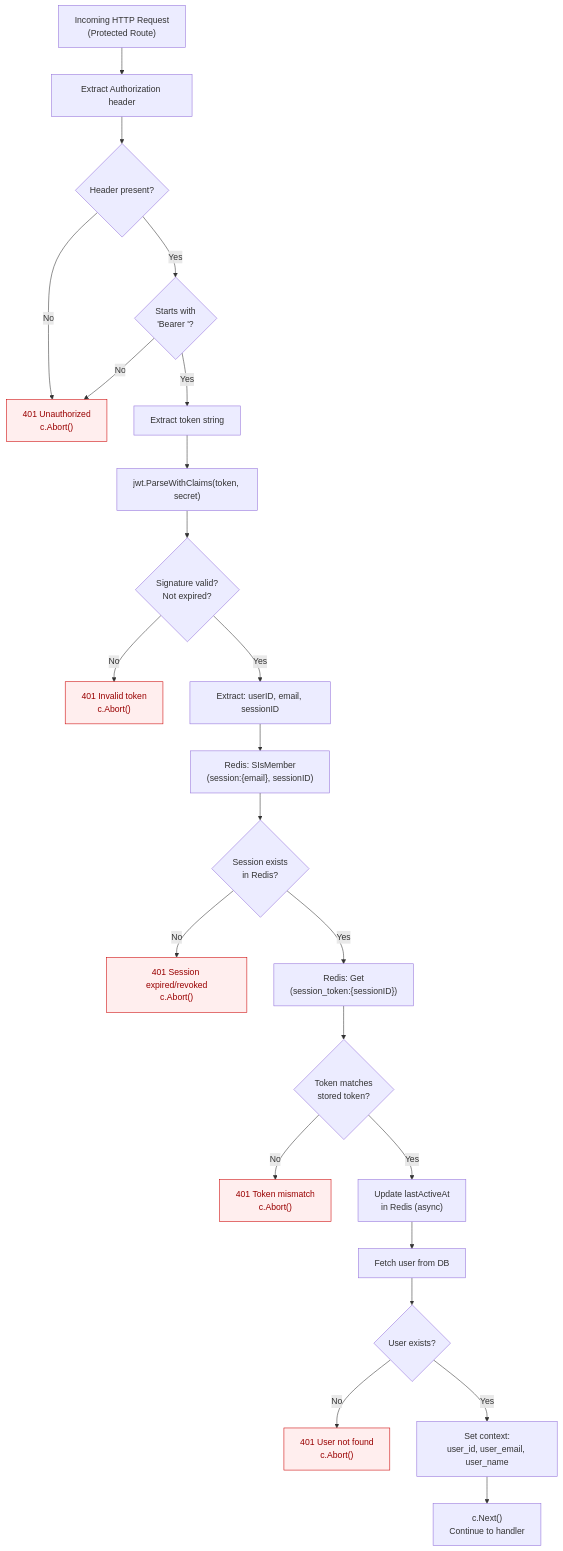
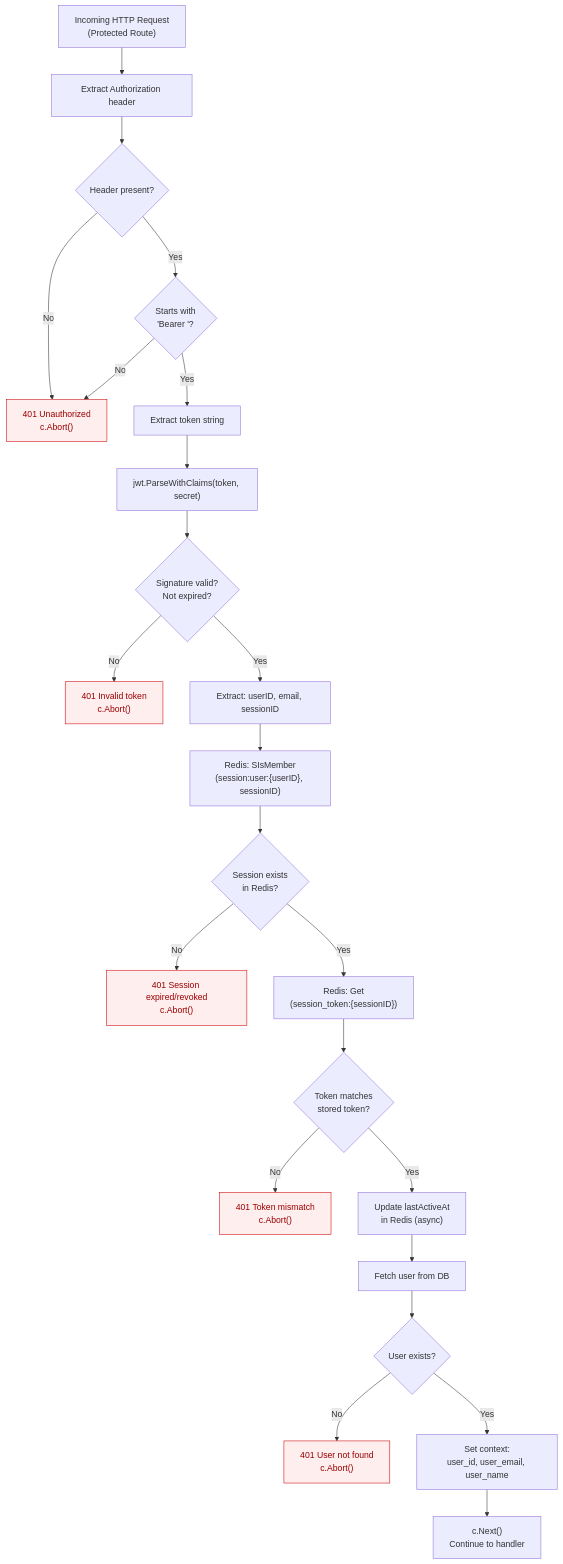
Before and after one commit to khanhnq1406/wealth-journey: the second of 7 diagrams in docs/architecture/flow-auth.md, drawn with Mermaid. The commit also changed other lines of this file and 2 other files, not shown here.

First line of the commit message:
docs(arch): update auth flow diagrams for email removal

````diff
--- a/docs/architecture/flow-auth.md
+++ b/docs/architecture/flow-auth.md
@@ -130,31 +130,31 @@
 ```mermaid
 flowchart TD
     A["Incoming HTTP Request\n(Protected Route)"] --> B["Extract Authorization header"]
     B --> C{Header present?}
     C -- No --> D["401 Unauthorized\nc.Abort()"]:::error
     C -- Yes --> E{"Starts with\n'Bearer '?"}
     E -- No --> D
     E -- Yes --> F["Extract token string"]
 
     F --> G["jwt.ParseWithClaims(token, secret)"]
     G --> H{Signature valid?\nNot expired?}
     H -- No --> I["401 Invalid token\nc.Abort()"]:::error
     H -- Yes --> J["Extract: userID, email, sessionID"]
 
-    J --> K["Redis: SIsMember\n(session:{email}, sessionID)"]
+    J --> K["Redis: SIsMember\n(session:user:{userID}, sessionID)"]
     K --> L{Session exists\nin Redis?}
     L -- No --> M["401 Session expired/revoked\nc.Abort()"]:::error
     L -- Yes --> N["Redis: Get\n(session_token:{sessionID})"]
 
     N --> O{Token matches\nstored token?}
     O -- No --> P["401 Token mismatch\nc.Abort()"]:::error
     O -- Yes --> Q["Update lastActiveAt\nin Redis (async)"]
 
     Q --> R["Fetch user from DB"]
     R --> S{User exists?}
     S -- No --> T["401 User not found\nc.Abort()"]:::error
     S -- Yes --> U["Set context:\nuser_id, user_email, user_name"]
     U --> V["c.Next()\nContinue to handler"]
 
     classDef error fill:#fee,stroke:#c00,color:#900
 ```
````
